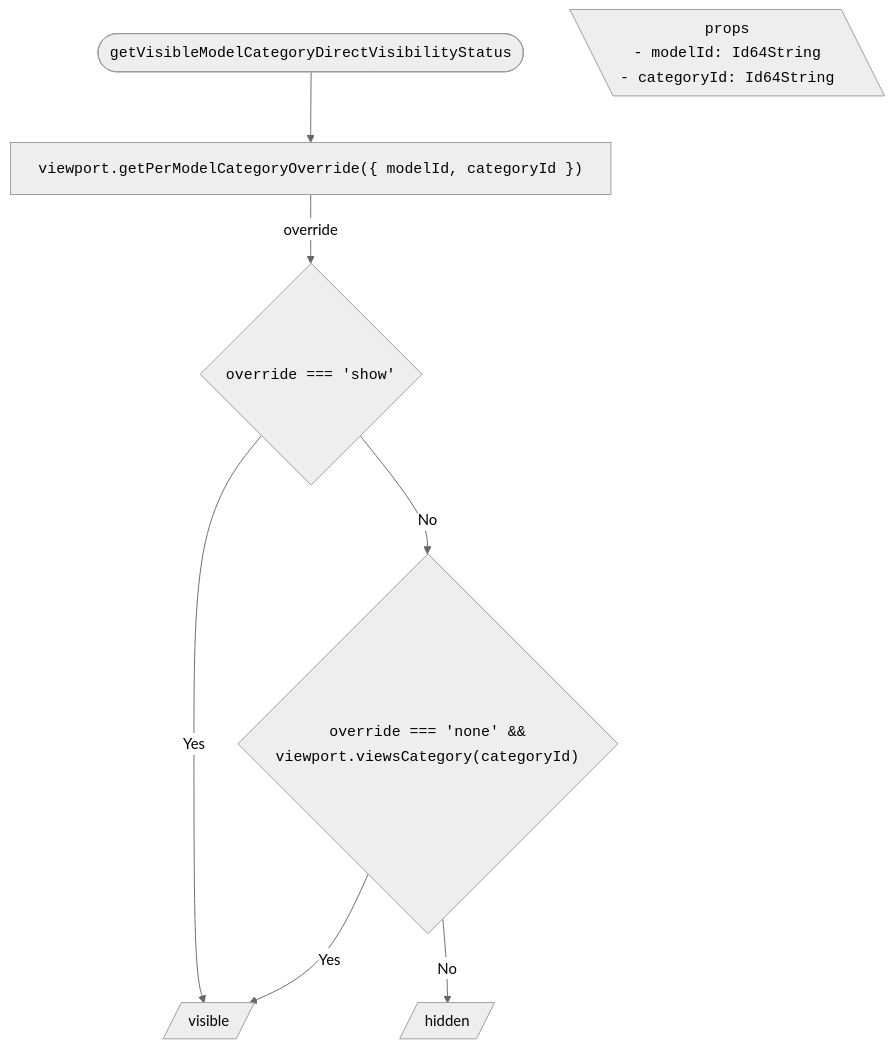
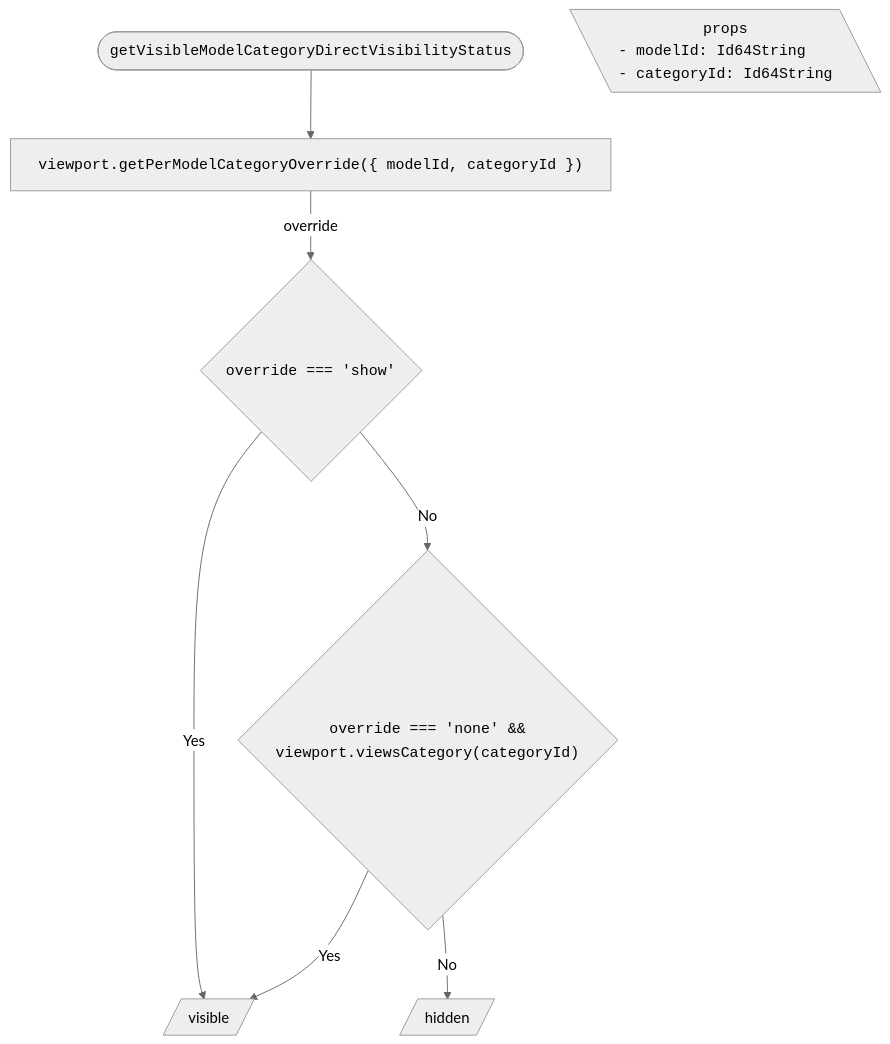
The seventh of 14 diagrams in packages/itwin/tree-widget/docs/SharedVisibilityHandling.md (iTwin/viewer-components-react), drawn with Mermaid (neutral theme) before and after one commit. The commit also changed other lines of this file and 3 other files, not shown here.

````diff
--- a/packages/itwin/tree-widget/docs/SharedVisibilityHandling.md
+++ b/packages/itwin/tree-widget/docs/SharedVisibilityHandling.md
@@ -477,29 +477,29 @@
 ```mermaid
 ---
 config:
   flowchart:
     wrappingWidth: 750
     useMaxWidth: false
 ---
 
 flowchart TD
   RESULT_Visible[/visible/]
   RESULT_Hidden[/hidden/]
 
   %% Start
   TITLE(["<code>getVisibleModelCategoryDirectVisibilityStatus</code>"]) --> A["<code>viewport.getPerModelCategoryOverride({ modelId, categoryId })</code>"]
 
   PROPS[\"
     <code>props</code>
-    <code style='text-align: left;'>- modelId: Id64String<br/> - categoryId: Id64String</code>
+    <code style='display: block; text-align: left;'>- modelId: Id64String<br/> - categoryId: Id64String</code>
   "\]
 
   A -- override --> B{"<code>override === 'show'</code>"}
 
   B -- Yes --> RESULT_Visible
 
   B -- No --> C{"<code>override === 'none' && <br/> viewport.viewsCategory(categoryId)</code>"}
 
   C -- Yes --> RESULT_Visible
   C -- No --> RESULT_Hidden
 ```
````
